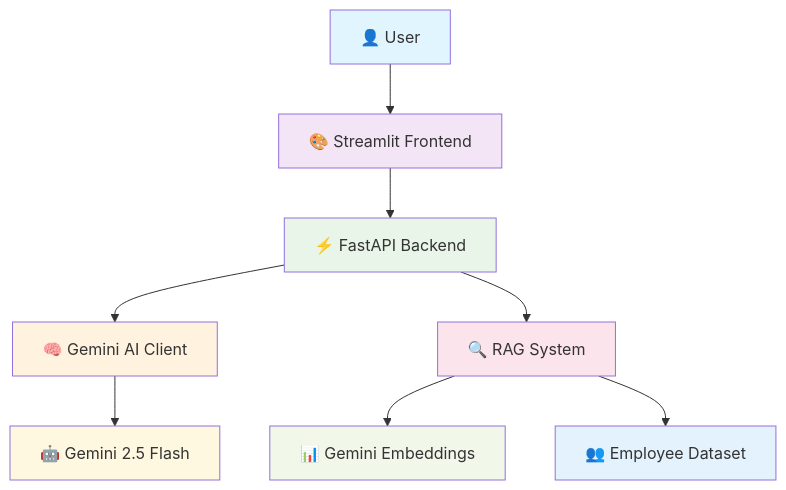
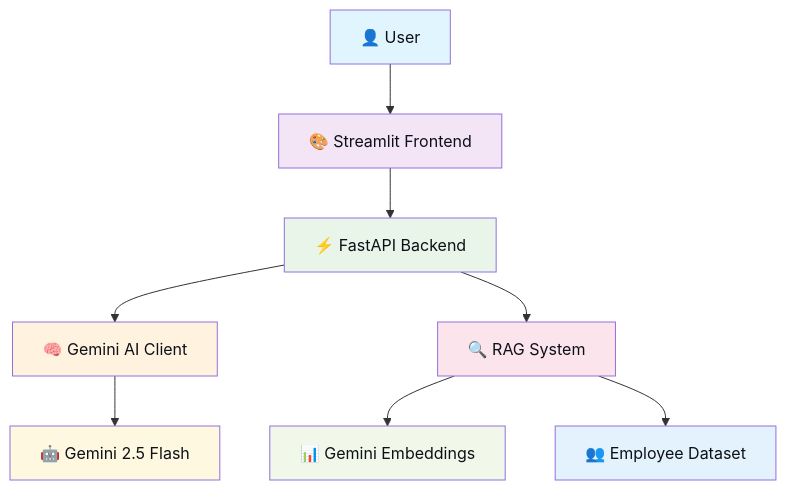
The diagram in README.md (sujal-thakkar/hr-query-chatbot), drawn with Mermaid before and after one commit.

Commit message:
fix: update diagram styles for better readability

````diff
--- a/README.md
+++ b/README.md
@@ -35,19 +35,19 @@
 ```mermaid
 graph TB
     A[👤 User] --> B[🎨 Streamlit Frontend]
     B --> C[⚡ FastAPI Backend]
     C --> D[🧠 Gemini AI Client]
     C --> E[🔍 RAG System]
     E --> F[📊 Gemini Embeddings]
     E --> G[👥 Employee Dataset]
     D --> H[🤖 Gemini 2.5 Flash]
     
-    style A fill:#e1f5fe
-    style B fill:#f3e5f5
-    style C fill:#e8f5e8
-    style D fill:#fff3e0
-    style E fill:#fce4ec
-    style F fill:#f1f8e9
-    style G fill:#e3f2fd
-    style H fill:#fff8e1
+    style A fill:#e1f5fe,color:#0d1117
+    style B fill:#f3e5f5,color:#0d1117
+    style C fill:#e8f5e8,color:#0d1117
+    style D fill:#fff3e0,color:#0d1117
+    style E fill:#fce4ec,color:#0d1117
+    style F fill:#f1f8e9,color:#0d1117
+    style G fill:#e3f2fd,color:#0d1117
+    style H fill:#fff8e1,color:#0d1117
 ```
````
